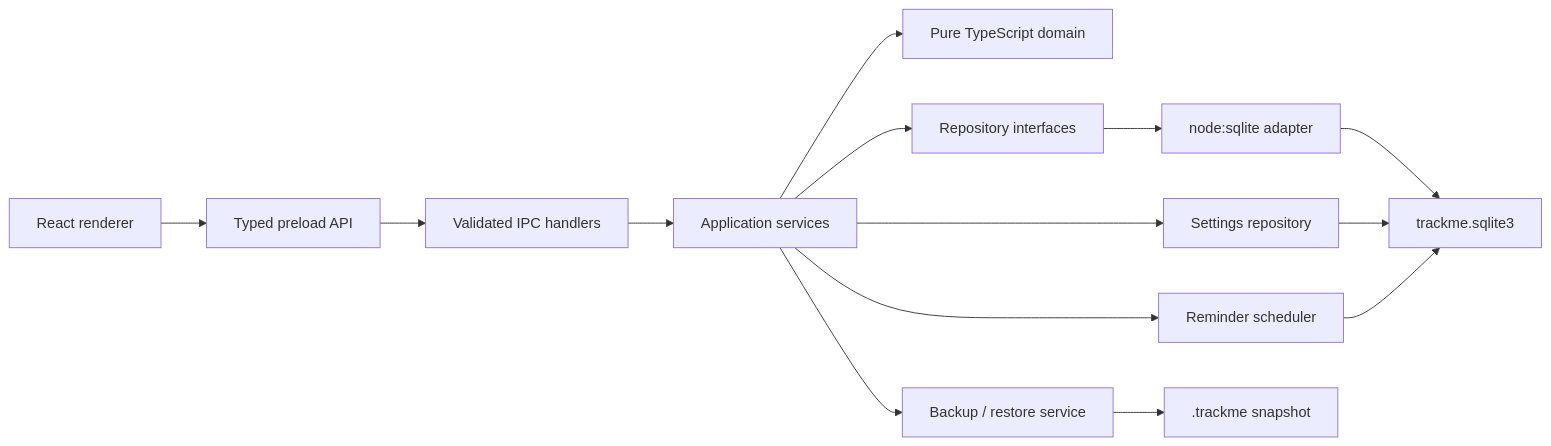
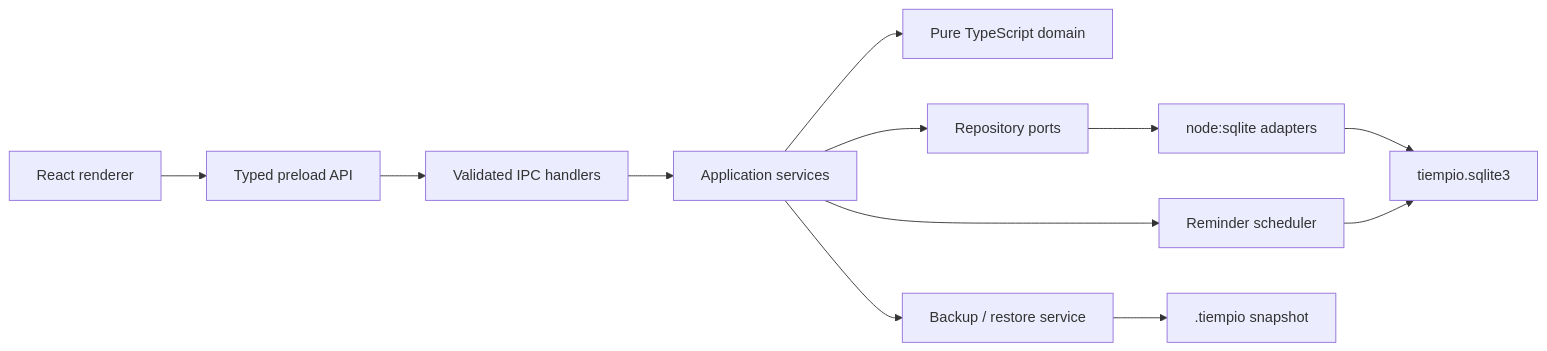
Before and after one commit to Arctic-beaver/TrackMe: the diagram in docs/architecture/ARCHITECTURE.md, drawn with Mermaid. The commit also changed other lines of this file and 53 other files, not shown here.

````diff
--- a/docs/architecture/ARCHITECTURE.md
+++ b/docs/architecture/ARCHITECTURE.md
@@ -22,18 +22,16 @@
 ```mermaid
 flowchart LR
     UI["React renderer"] --> API["Typed preload API"]
     API --> IPC["Validated IPC handlers"]
     IPC --> APP["Application services"]
     APP --> DOMAIN["Pure TypeScript domain"]
-    APP --> REPO["Repository interfaces"]
-    REPO --> SQLITE["node:sqlite adapter"]
+    APP --> PORTS["Repository ports"]
+    PORTS --> SQLITE["node:sqlite adapters"]
 
     APP --> REMINDERS["Reminder scheduler"]
     APP --> BACKUP["Backup / restore service"]
-    APP --> SETTINGS["Settings repository"]
 
-    SQLITE --> DB["trackme.sqlite3"]
-    SETTINGS --> DB
+    SQLITE --> DB["tiempio.sqlite3"]
     REMINDERS --> DB
-    BACKUP --> SNAPSHOT[".trackme snapshot"]
+    BACKUP --> SNAPSHOT[".tiempio snapshot"]
 ```
````
